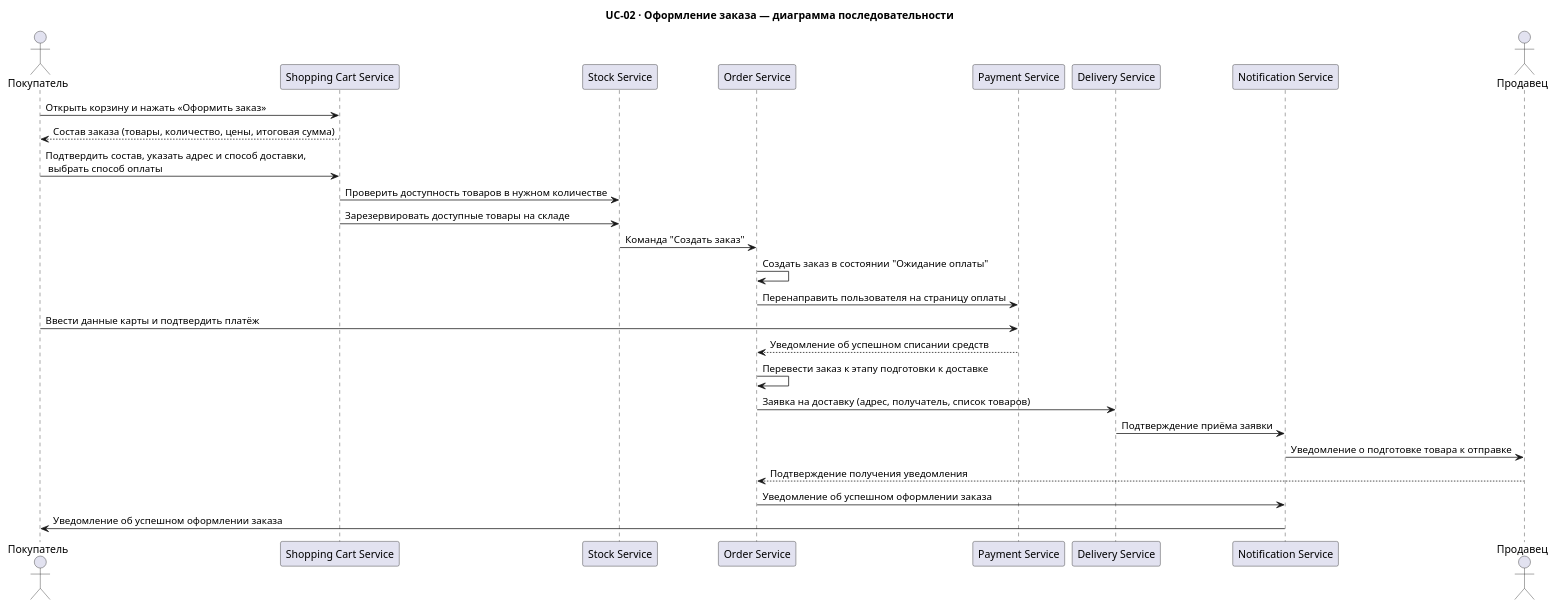
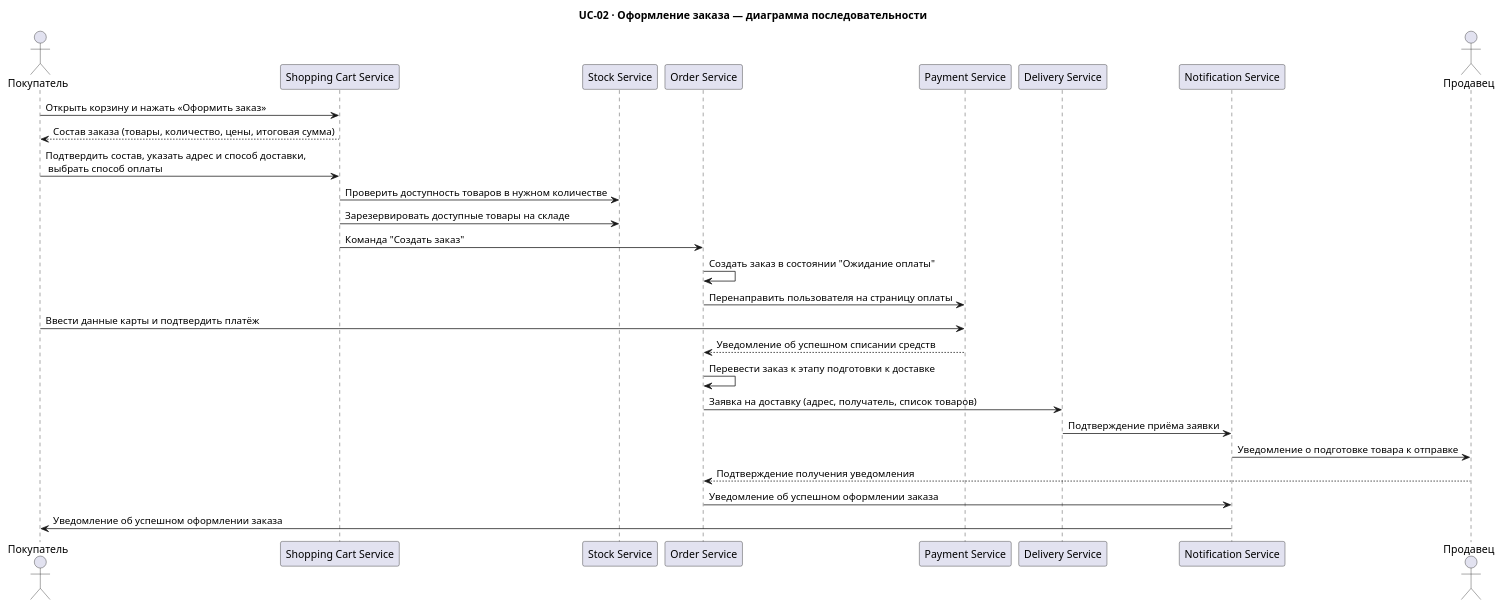
Before and after one commit to Babikoff/MSA-3-NovaMarket: the diagram in Task1/seq-order-placement-detailed.puml, drawn with PlantUML. The commit also changed 4 other files, not shown here.

```diff
--- a/Task1/seq-order-placement-detailed.puml
+++ b/Task1/seq-order-placement-detailed.puml
@@ -1,33 +1,33 @@
 @startuml
 title UC-02 · Оформление заказа — диаграмма последовательности
 
 actor "Покупатель" as buyer
 participant "Shopping Cart Service" as ShoppingCartService
 participant "Stock Service" as StockService
 participant "Order Service" as OrderService
 participant "Payment Service" as PaymentService
 participant "Delivery Service" as DeliveryService
 participant "Notification Service" as NotificationService
 actor "Продавец" as seller
 
 buyer -> ShoppingCartService : Открыть корзину и нажать «Оформить заказ»
 ShoppingCartService --> buyer : Состав заказа (товары, количество, цены, итоговая сумма)
 
 buyer -> ShoppingCartService : Подтвердить состав, указать адрес и способ доставки,\n выбрать способ оплаты
 ShoppingCartService -> StockService : Проверить доступность товаров в нужном количестве
 ShoppingCartService -> StockService : Зарезервировать доступные товары на складе
-StockService -> OrderService : Команда "Создать заказ"
+ShoppingCartService -> OrderService : Команда "Создать заказ"
 OrderService -> OrderService : Создать заказ в состоянии "Ожидание оплаты"
 OrderService -> PaymentService : Перенаправить пользователя на страницу оплаты
 buyer -> PaymentService : Ввести данные карты и подтвердить платёж
 
 PaymentService --> OrderService : Уведомление об успешном списании средств
 OrderService -> OrderService : Перевести заказ к этапу подготовки к доставке
 OrderService -> DeliveryService : Заявка на доставку (адрес, получатель, список товаров)
 DeliveryService -> NotificationService : Подтверждение приёма заявки
 NotificationService -> seller : Уведомление о подготовке товара к отправке
 seller --> OrderService : Подтверждение получения уведомления
 OrderService -> NotificationService : Уведомление об успешном оформлении заказа
 NotificationService -> buyer : Уведомление об успешном оформлении заказа
 
 @enduml
```
